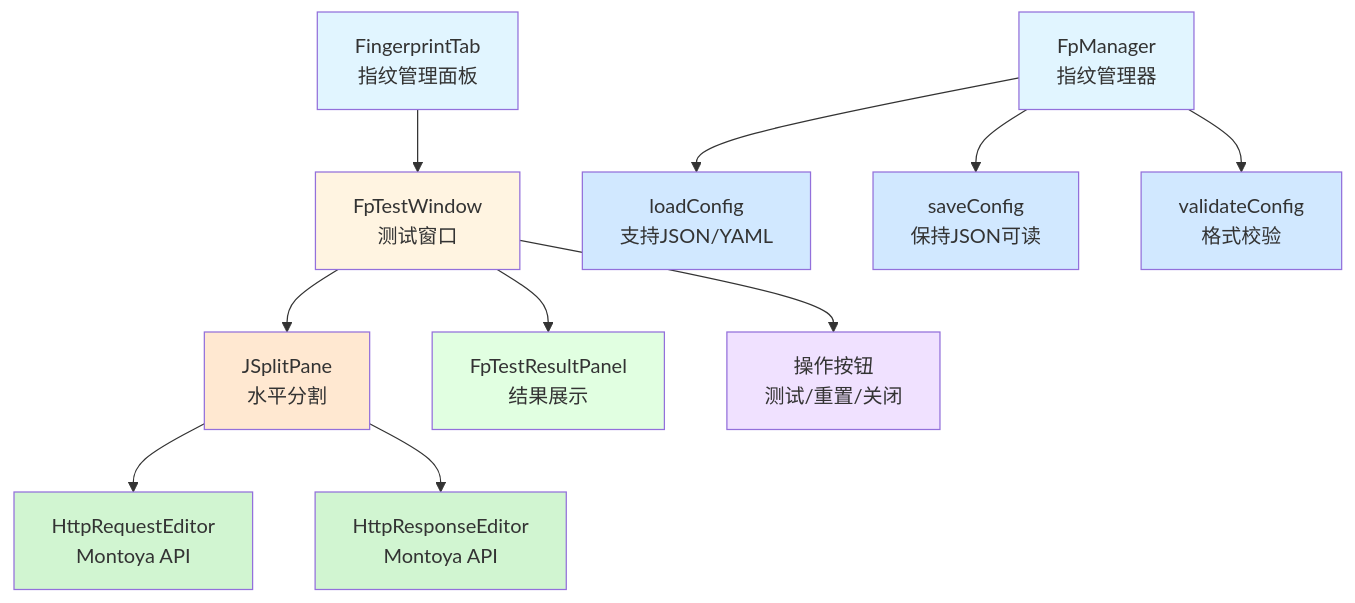
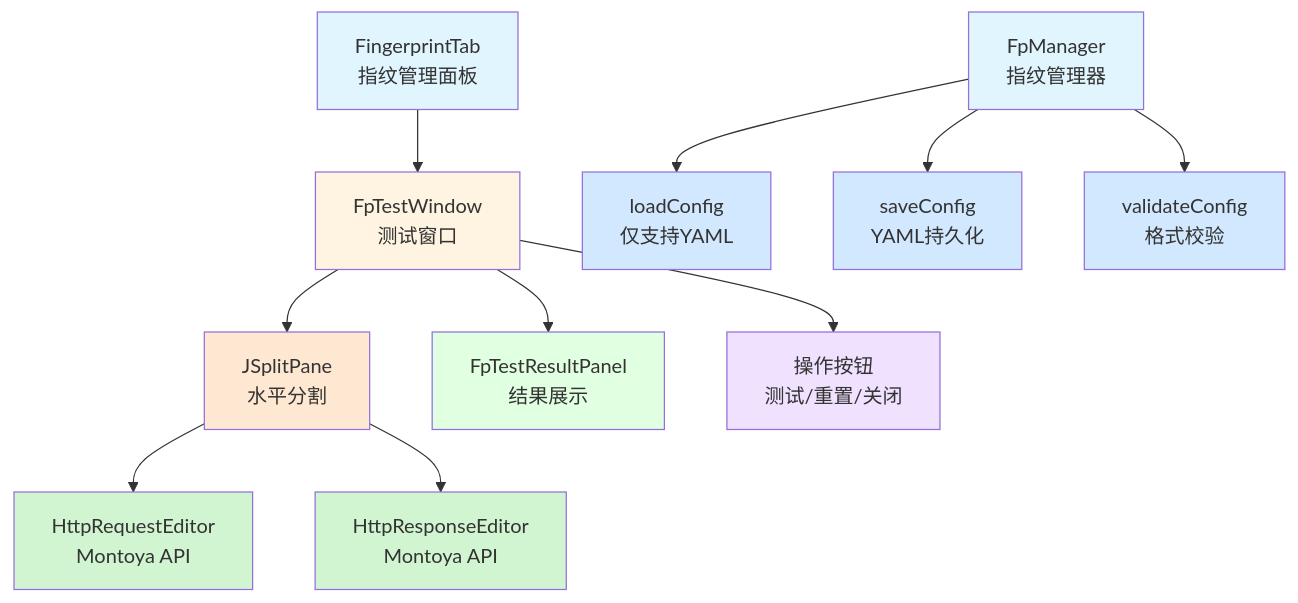
The second of 6 diagrams in .kiro/specs/fingerprint-test-review/design.md (opsCoffee/Onescan), drawn with Mermaid before and after one commit. The commit also changed other lines of this file and 6 other files, not shown here.

````diff
--- a/.kiro/specs/fingerprint-test-review/design.md
+++ b/.kiro/specs/fingerprint-test-review/design.md
@@ -80,25 +79,25 @@
 ```mermaid
 graph TD
     A[FingerprintTab<br/>指纹管理面板] --> B[FpTestWindow<br/>测试窗口]
     B --> C[JSplitPane<br/>水平分割]
     C --> D[HttpRequestEditor<br/>Montoya API]
     C --> E[HttpResponseEditor<br/>Montoya API]
     B --> F[FpTestResultPanel<br/>结果展示]
     B --> G[操作按钮<br/>测试/重置/关闭]
     
-    H[FpManager<br/>指纹管理器] --> I[loadConfig<br/>支持JSON/YAML]
-    H --> J[saveConfig<br/>保持JSON可读]
+    H[FpManager<br/>指纹管理器] --> I[loadConfig<br/>仅支持YAML]
+    H --> J[saveConfig<br/>YAML持久化]
     H --> K[validateConfig<br/>格式校验]
     
     style A fill:#e1f5ff
     style B fill:#fff4e1
     style C fill:#ffe8d1
     style D fill:#d1f5d1
     style E fill:#d1f5d1
     style F fill:#e1ffe1
     style G fill:#f0e1ff
     style H fill:#e1f5ff
     style I fill:#d1e8ff
     style J fill:#d1e8ff
     style K fill:#d1e8ff
 ```
````
